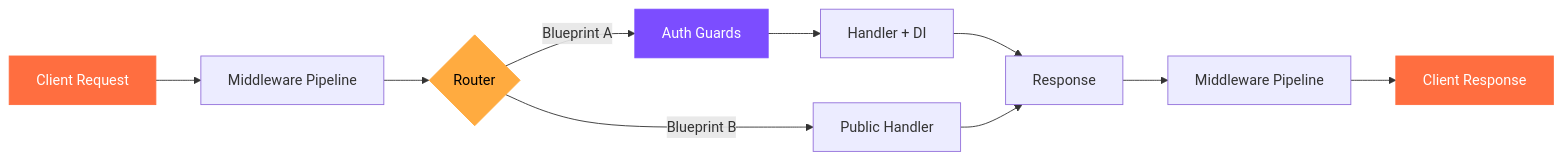
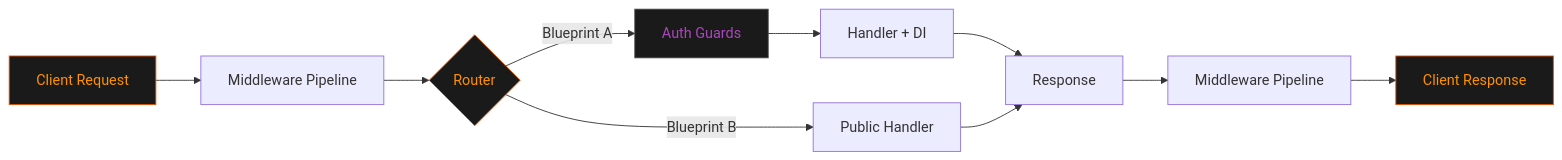
One commit to jagadeesh32/cello changed the diagram in docs/examples/index.md. Above: the diagram before and after it, drawn with Mermaid. The commit also changed 6 other files, not shown here.

````diff
--- a/docs/examples/index.md
+++ b/docs/examples/index.md
@@ -208,17 +208,17 @@
 ```mermaid
 graph LR
     A[Client Request] --> B[Middleware Pipeline]
     B --> C{Router}
     C -->|Blueprint A| D[Auth Guards]
     C -->|Blueprint B| E[Public Handler]
     D --> F[Handler + DI]
     F --> G[Response]
     E --> G
     G --> H[Middleware Pipeline]
     H --> I[Client Response]
 
-    style A fill:#ff6e40,stroke:#ff6e40,color:#fff
-    style I fill:#ff6e40,stroke:#ff6e40,color:#fff
-    style C fill:#ffab40,stroke:#ffab40,color:#000
-    style D fill:#7c4dff,stroke:#7c4dff,color:#fff
+    style A fill:#1A1A1A,stroke:#E65100,color:#FF9100
+    style I fill:#1A1A1A,stroke:#E65100,color:#FF9100
+    style C fill:#1A1A1A,stroke:#E65100,color:#FF9100
+    style D fill:#1A1A1A,stroke:#424242,color:#ab47bc
 ```
````
